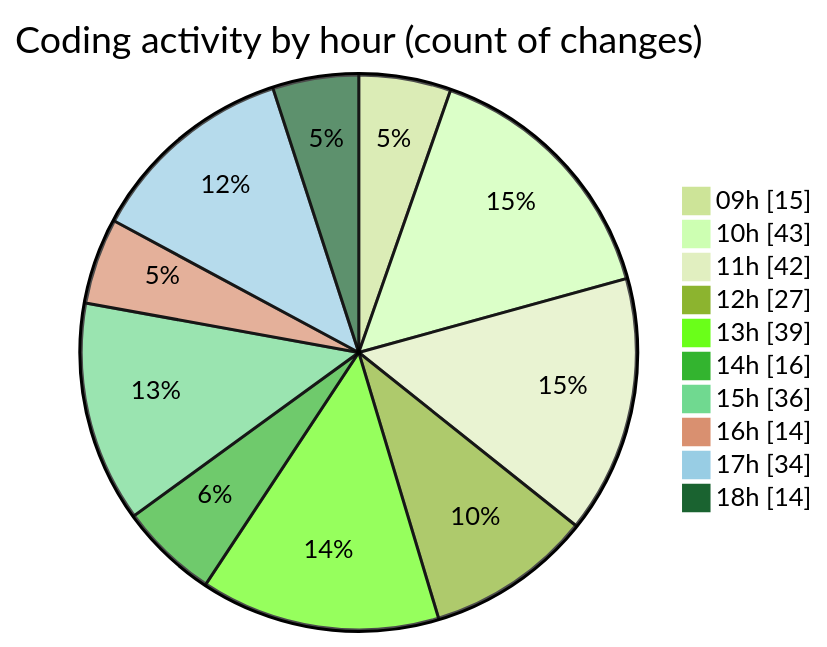
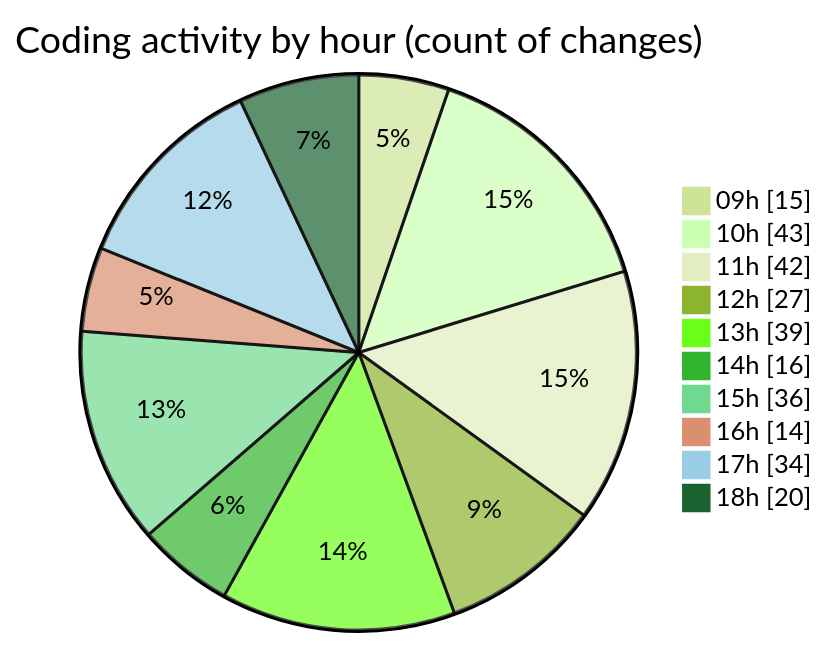
One commit to momahboobian/code-tracking changed the second of 2 diagrams in 2025-09-30/cda/README.md. Above: the diagram before and after it, drawn with Mermaid (forest theme). The commit also changed other lines of this file and 1 other file, not shown here.

````diff
--- a/2025-09-30/cda/README.md
+++ b/2025-09-30/cda/README.md
@@ -34,14 +34,14 @@
 ```mermaid
 pie showData
 title Coding activity by hour (count of changes)
 "09h" : 15
 "10h" : 43
 "11h" : 42
 "12h" : 27
 "13h" : 39
 "14h" : 16
 "15h" : 36
 "16h" : 14
 "17h" : 34
-"18h" : 14
+"18h" : 20
 ```
````
